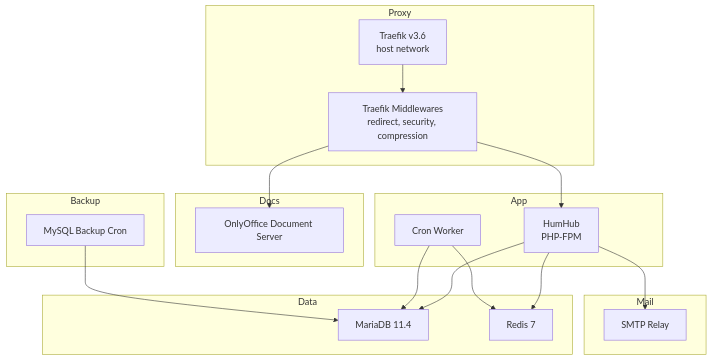
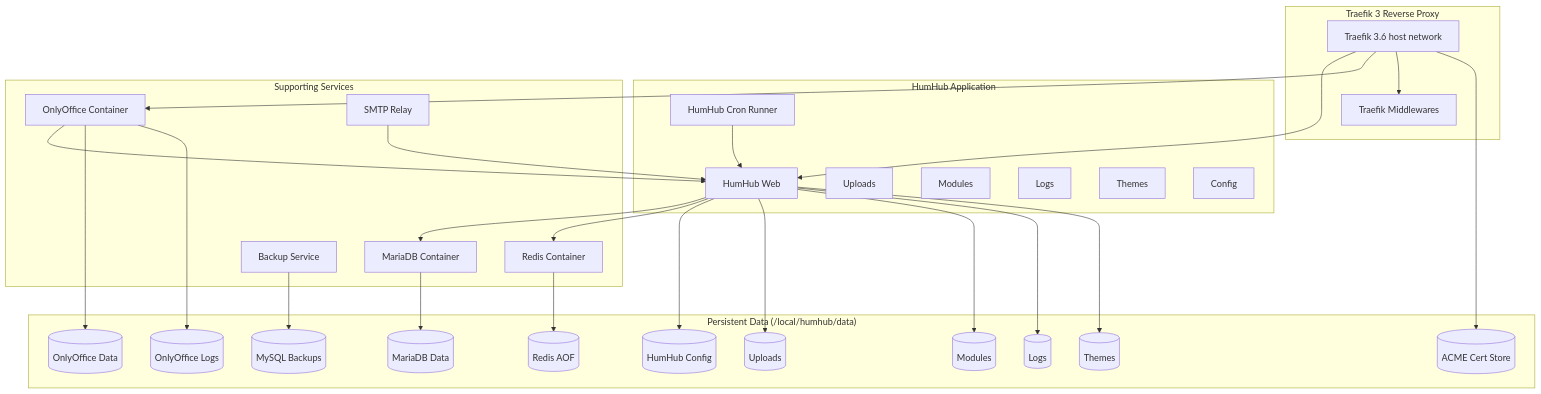
Before and after one commit to martdj/Humhub: the diagram in README.md, drawn with Mermaid. The commit also changed other lines of this file, not shown here.

````diff
--- a/README.md
+++ b/README.md
@@ -41,43 +20,64 @@
 ```mermaid
 flowchart TD
 
-    subgraph Proxy
-        T[Traefik v3.6<br/>host network]
-        TM[Traefik Middlewares<br/>redirect, security, compression]
+    subgraph Proxy["Traefik 3 Reverse Proxy"]
+        T3[Traefik 3.6 host network]
+        TM[Traefik Middlewares]
     end
 
-    subgraph App
-        H[HumHub<br/>PHP-FPM]
-        C[Cron Worker]
+    subgraph HumHub["HumHub Application"]
+        HH[HumHub Web]
+        CRON[HumHub Cron Runner]
+        UPLOADS[Uploads]
+        MODULES[Modules]
+        LOGS[Logs]
+        THEMES[Themes]
+        CONFIG[Config]
     end
 
-    subgraph Data
-        M[MariaDB 11.4]
-        R[Redis 7]
+    subgraph Data["Persistent Data (/local/humhub/data)"]
+        DB[(MariaDB Data)]
+        CONF[(HumHub Config)]
+        UPL[(Uploads)]
+        MOD[(Modules)]
+        LG[(Logs)]
+        TH[(Themes)]
+        OO_DATA[(OnlyOffice Data)]
+        OO_LOG[(OnlyOffice Logs)]
+        REDIS_STORE[(Redis AOF)]
+        ACME[(ACME Cert Store)]
+        BACKUPS[(MySQL Backups)]
     end
 
-    subgraph Docs
-        O[OnlyOffice Document Server]
+    subgraph Services["Supporting Services"]
+        DBc[MariaDB Container]
+        REDc[Redis Container]
+        OO[OnlyOffice Container]
+        SMTP[SMTP Relay]
+        BK[Backup Service]
     end
 
-    subgraph Mail
-        S[SMTP Relay]
-    end
+    T3 --> HH
+    T3 --> OO
+    T3 --> TM
 
-    subgraph Backup
-        B[MySQL Backup Cron]
-    end
+    HH --> DBc
+    HH --> REDc
+    CRON --> HH
+    OO --> HH
 
-    T --> TM
-    TM --> H
-    TM --> O
+    DBc --> DB
+    HH --> CONF
+    HH --> UPL
+    HH --> MOD
+    HH --> LG
+    HH --> TH
 
-    H --> M
-    H --> R
-    H --> S
+    OO --> OO_DATA
+    OO --> OO_LOG
 
-    C --> M
-    C --> R
-
-    B --> M
+    REDc --> REDIS_STORE
+    T3 --> ACME
+    BK --> BACKUPS
+    SMTP --> HH
 ```
````
